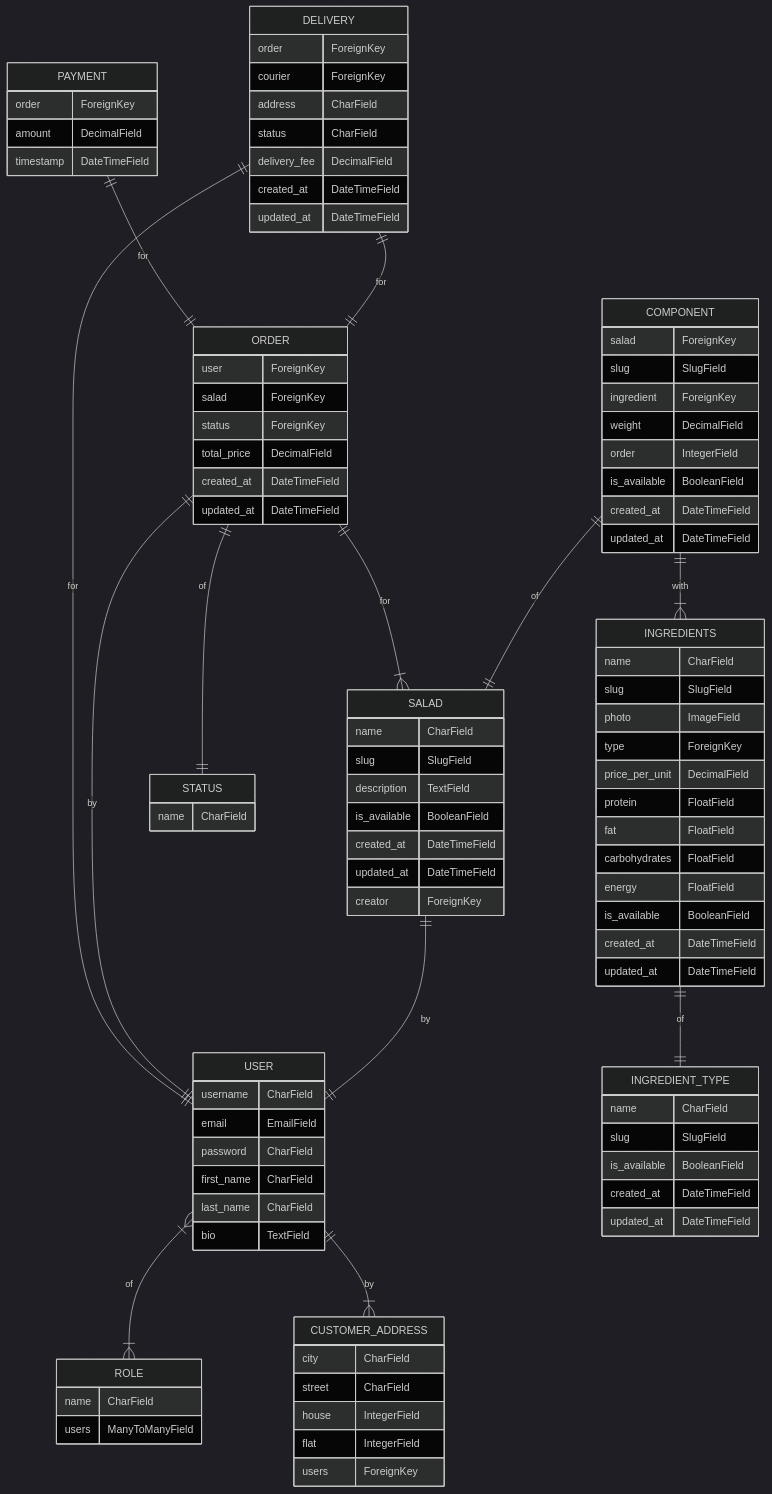
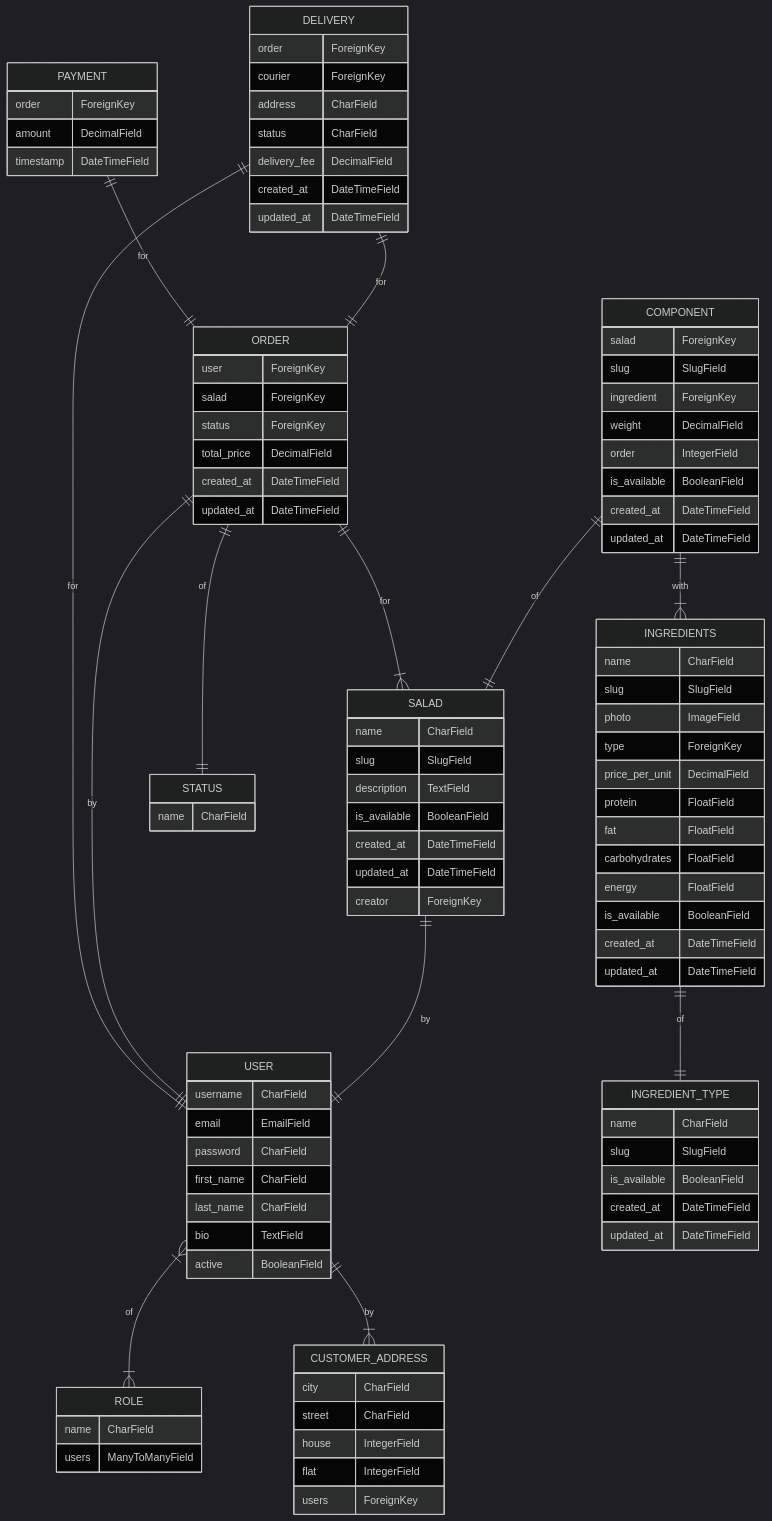
One commit to ya-yura/salatik changed the first of 3 diagrams in README.md. Above: the diagram before and after it, drawn with Mermaid (dark theme).

```diff
--- a/README.md
+++ b/README.md
@@ -291,6 +291,7 @@
         first_name CharField
         last_name CharField
         bio TextField
+        active BooleanField
     }
     ROLE {
         name CharField
```
